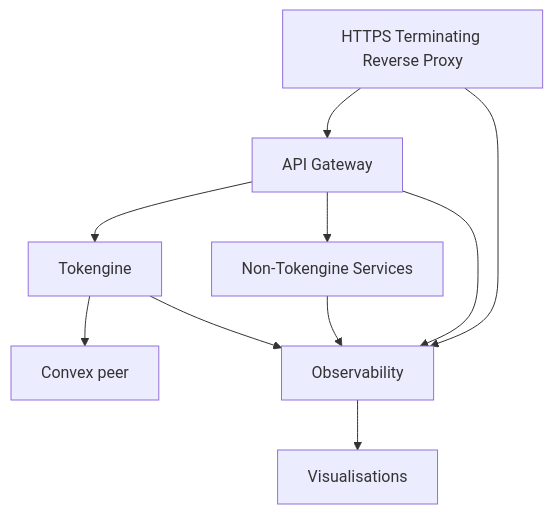
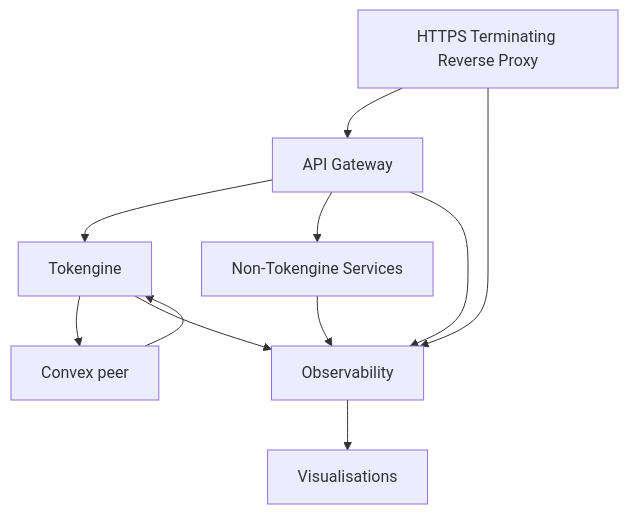
One commit to Convex-Dev/tokengine changed the second of 2 diagrams in infra/README.md. Above: the diagram before and after it, drawn with Mermaid.

````diff
--- a/infra/README.md
+++ b/infra/README.md
@@ -14,12 +14,13 @@
 ```mermaid
 graph TD
     A[HTTPS Terminating Reverse Proxy] --> B[API Gateway]
     B --> C[Tokengine]
     B --> D[Non-Tokengine Services]
     C --> G[Convex peer]
+    G --> C
     A --> E[Observability]
     B --> E
     C --> E
     D --> E
     E --> F[Visualisations]
 ```
````
